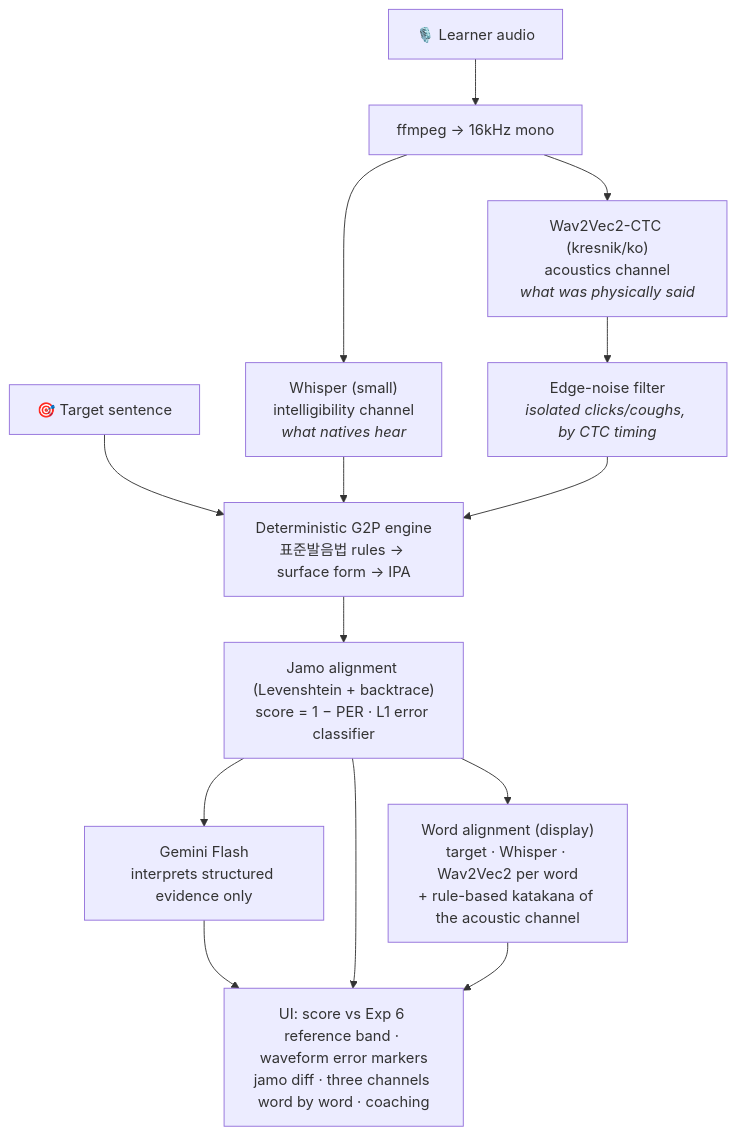
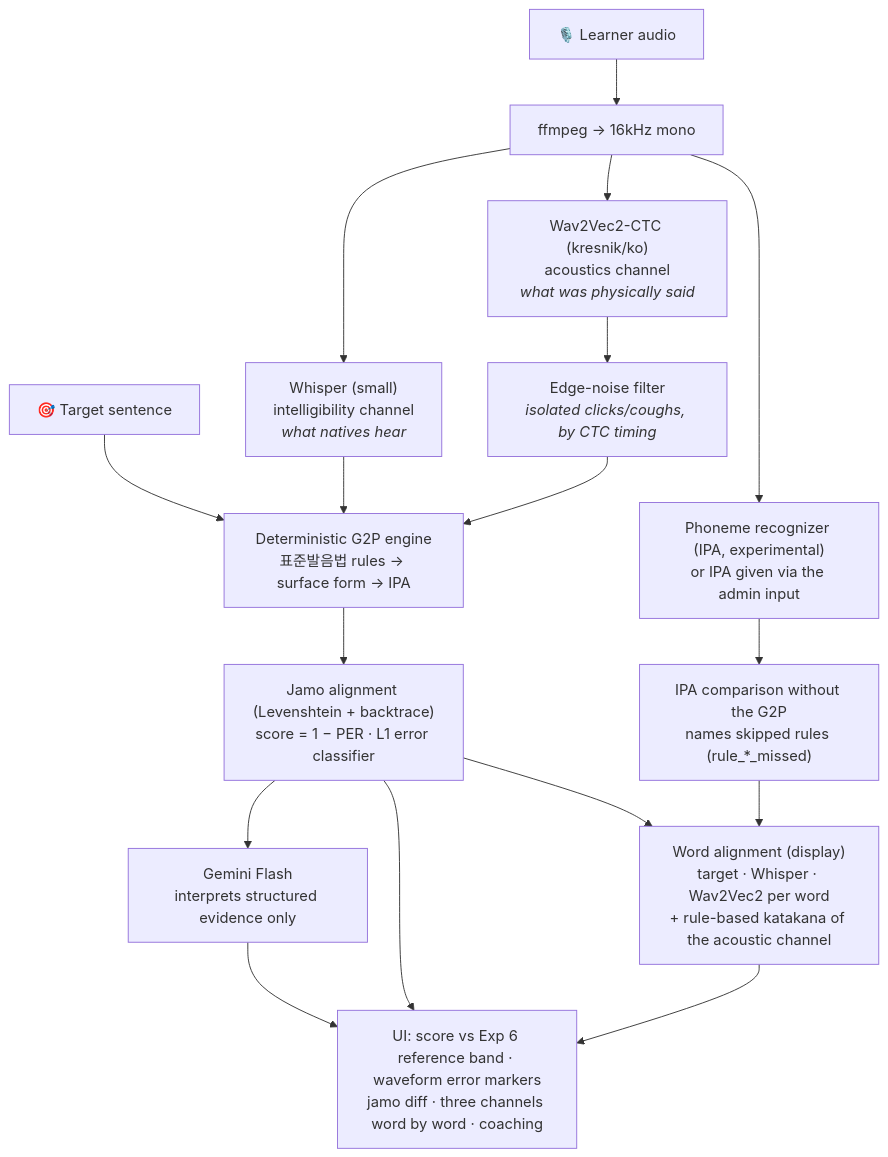
One commit to fairyofdata/PhonemeJP2KR changed the diagram in README.md. Above: the diagram before and after it, drawn with Mermaid. The commit also changed other lines of this file and 8 other files, not shown here.

````diff
--- a/README.md
+++ b/README.md
@@ -55,16 +56,19 @@
 ```mermaid
 flowchart TD
     A[🎙️ Learner audio] --> B[ffmpeg → 16kHz mono]
     B --> C["Whisper (small)<br/>intelligibility channel<br/><i>what natives hear</i>"]
     B --> D["Wav2Vec2-CTC (kresnik/ko)<br/>acoustics channel<br/><i>what was physically said</i>"]
     T[🎯 Target sentence] --> G
     C --> G["Deterministic G2P engine<br/>표준발음법 rules → surface form → IPA"]
     D --> N["Edge-noise filter<br/><i>isolated clicks/coughs, by CTC timing</i>"]
     N --> G
     G --> S["Jamo alignment (Levenshtein + backtrace)<br/>score = 1 − PER · L1 error classifier"]
     S --> W["Word alignment (display)<br/>target · Whisper · Wav2Vec2 per word<br/>+ rule-based katakana of the acoustic channel"]
+    B --> P["Phoneme recognizer (IPA, experimental)<br/>or IPA given via the admin input"]
+    P --> I["IPA comparison without the G2P<br/>names skipped rules (rule_*_missed)"]
+    I --> W
     S --> L["Gemini Flash<br/>interprets structured evidence only"]
     L --> U["UI: score vs Exp 6 reference band · waveform error markers<br/>jamo diff · three channels word by word · coaching"]
     S --> U
     W --> U
 ```
````
